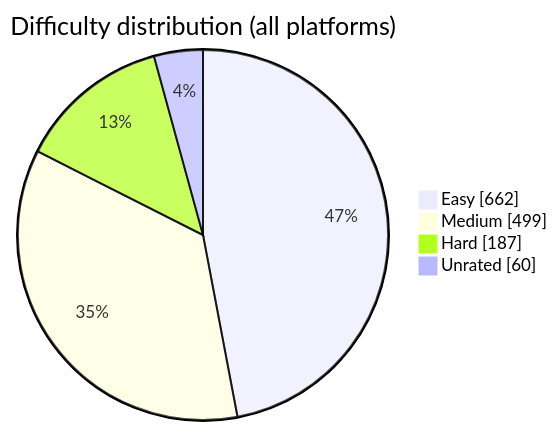
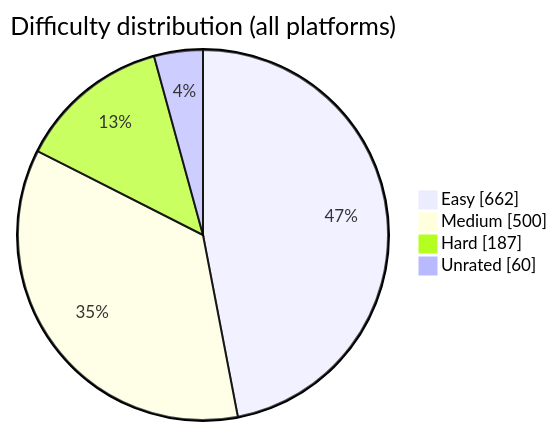
Before and after one commit to BuildbyArindam/Daily-Coding-Log: the diagram in README.md, drawn with Mermaid. The commit also changed other lines of this file, not shown here.

````diff
--- a/README.md
+++ b/README.md
@@ -93,7 +93,7 @@
 ```mermaid
 pie showData title Difficulty distribution (all platforms)
     "Easy" : 662
-    "Medium" : 499
+    "Medium" : 500
     "Hard" : 187
     "Unrated" : 60
 ```
````
